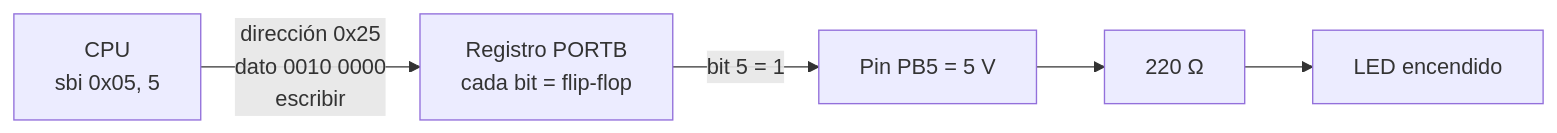
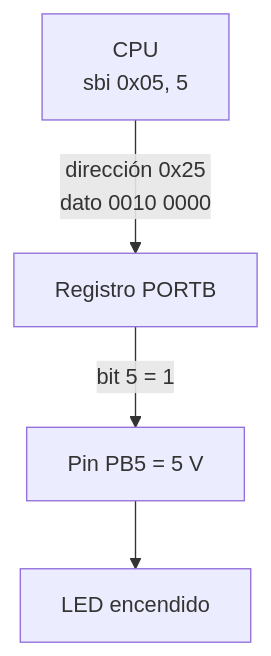
One commit to AlejandroTatum/sistemas-digitales-unl changed the fifth of 7 diagrams in unidad-1/apuntes/02-bits-y-es-mapeada-en-memoria.md. Above: the diagram before and after it, drawn with Mermaid. The commit also changed other lines of this file and 16 other files, not shown here.

````diff
--- a/unidad-1/apuntes/02-bits-y-es-mapeada-en-memoria.md
+++ b/unidad-1/apuntes/02-bits-y-es-mapeada-en-memoria.md
@@ -142,6 +127,6 @@
 ```mermaid
-flowchart LR
-    CPU["CPU<br/>sbi 0x05, 5"] -->|"dirección 0x25<br/>dato 0010 0000<br/>escribir"| REG["Registro PORTB<br/>cada bit = flip-flop"]
+flowchart TD
+    CPU["CPU<br/>sbi 0x05, 5"] -->|"dirección 0x25<br/>dato 0010 0000"| REG["Registro PORTB"]
     REG -->|"bit 5 = 1"| PIN["Pin PB5 = 5 V"]
-    PIN --> R["220 Ω"] --> LED["LED encendido"]
+    PIN --> LED["LED encendido"]
 ```
````
